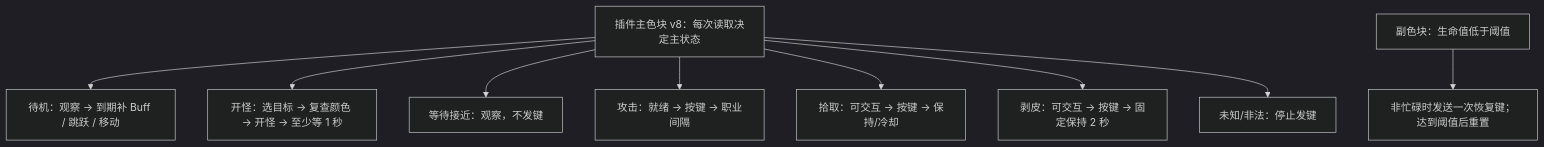
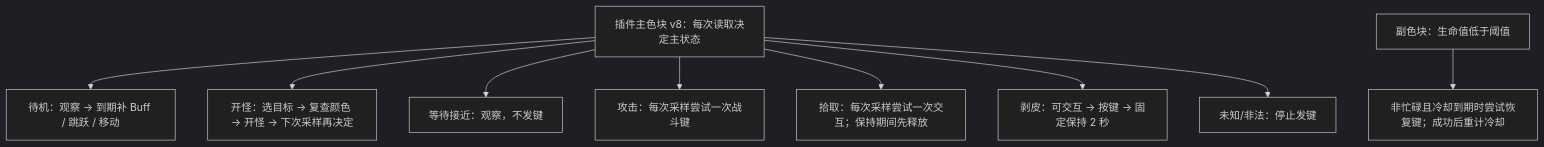
Before and after one commit to tfewfew/wow_tools: the diagram in tools/wowAuto/README.md, drawn with Mermaid (dark theme). The commit also changed other lines of this file and 10 other files, not shown here.

````diff
--- a/tools/wowAuto/README.md
+++ b/tools/wowAuto/README.md
@@ -289,12 +289,12 @@
 ```mermaid
 flowchart TD
     P["插件主色块 v8：每次读取决定主状态"]
     P --> I["待机：观察 → 到期补 Buff / 跳跃 / 移动"]
-    P --> O["开怪：选目标 → 复查颜色 → 开怪 → 至少等 1 秒"]
+    P --> O["开怪：选目标 → 复查颜色 → 开怪 → 下次采样再决定"]
     P --> W["等待接近：观察，不发键"]
-    P --> C["攻击：就绪 → 按键 → 职业间隔"]
-    P --> L["拾取：可交互 → 按键 → 保持/冷却"]
+    P --> C["攻击：每次采样尝试一次战斗键"]
+    P --> L["拾取：每次采样尝试一次交互；保持期间先释放"]
     P --> S["剥皮：可交互 → 按键 → 固定保持 2 秒"]
     P --> U["未知/非法：停止发键"]
-    R["副色块：生命值低于阈值"] --> K["非忙碌时发送一次恢复键；达到阈值后重置"]
+    R["副色块：生命值低于阈值"] --> K["非忙碌且冷却到期时尝试恢复键；成功后重计冷却"]
 ```
````
